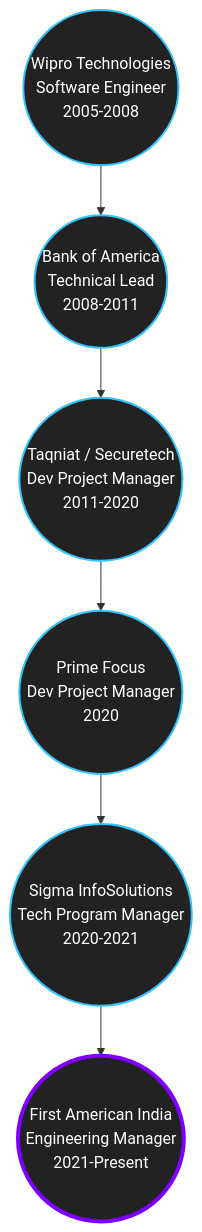
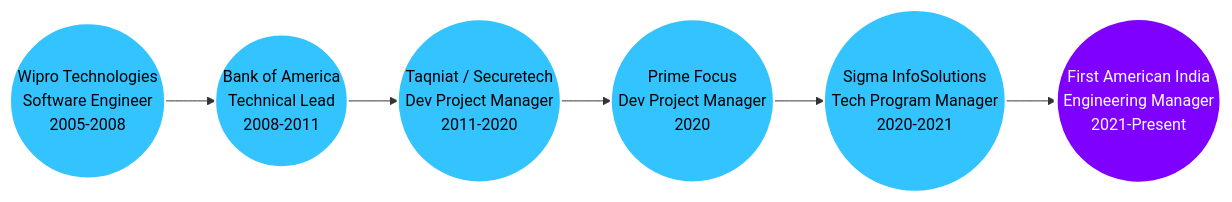
The diagram in README.md (dilipsamanta/dilipsamanta), drawn with Mermaid before and after one commit.

Commit message:
Update work experience flowchart to horizontal filled circles

````diff
--- a/README.md
+++ b/README.md
@@ -20,15 +20,15 @@
 ```mermaid
-graph TD
+graph LR
     A((Wipro Technologies<br/>Software Engineer<br/>2005-2008)) --> B((Bank of America<br/>Technical Lead<br/>2008-2011))
     B --> C((Taqniat / Securetech<br/>Dev Project Manager<br/>2011-2020))
     C --> D((Prime Focus<br/>Dev Project Manager<br/>2020))
     D --> E((Sigma InfoSolutions<br/>Tech Program Manager<br/>2020-2021))
     E --> F((First American India<br/>Engineering Manager<br/>2021-Present))
 
-    style A fill:#222,stroke:#33c3ff,stroke-width:2px,color:#fff
-    style B fill:#222,stroke:#33c3ff,stroke-width:2px,color:#fff
-    style C fill:#222,stroke:#33c3ff,stroke-width:2px,color:#fff
-    style D fill:#222,stroke:#33c3ff,stroke-width:2px,color:#fff
-    style E fill:#222,stroke:#33c3ff,stroke-width:2px,color:#fff
-    style F fill:#222,stroke:#7f00ff,stroke-width:4px,color:#fff
+    style A fill:#33c3ff,stroke:#fff,stroke-width:2px,color:#000
+    style B fill:#33c3ff,stroke:#fff,stroke-width:2px,color:#000
+    style C fill:#33c3ff,stroke:#fff,stroke-width:2px,color:#000
+    style D fill:#33c3ff,stroke:#fff,stroke-width:2px,color:#000
+    style E fill:#33c3ff,stroke:#fff,stroke-width:2px,color:#000
+    style F fill:#7f00ff,stroke:#fff,stroke-width:4px,color:#fff
 ```
````
